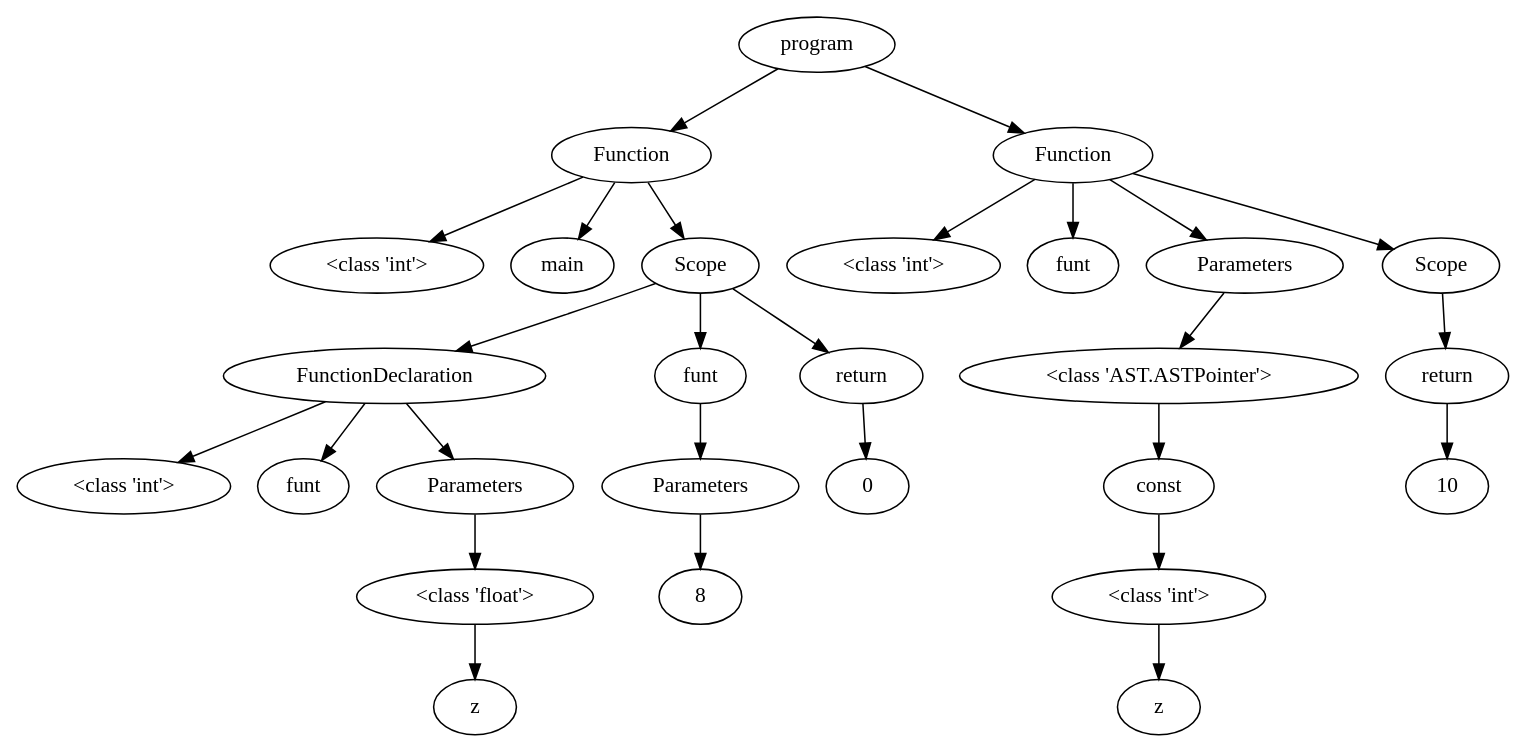
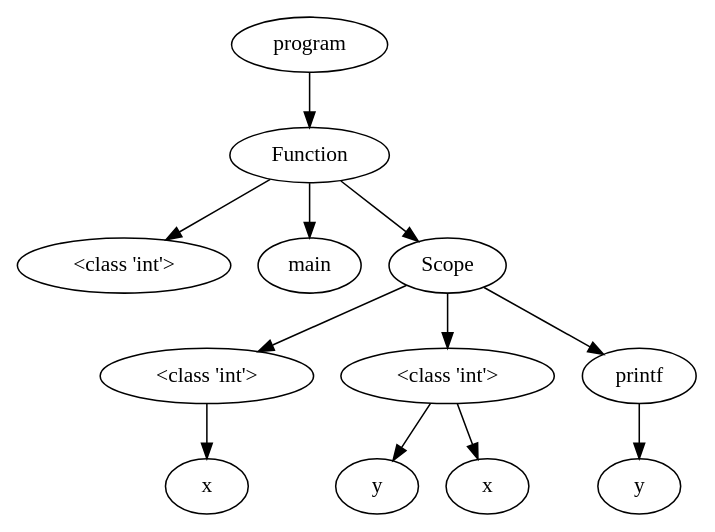
The diagram in OutputFiles/dotVisualization.dot (NielsVandenBroeck/COMP_Compiler), drawn with Graphviz before and after one commit. The commit also changed 3 other files, not shown here.

```diff
--- a/OutputFiles/dotVisualization.dot
+++ b/OutputFiles/dotVisualization.dot
@@ -1,70 +1,30 @@
 digraph G { 
-"<AST.AST object at 0x00000196DCC918E0> (0)"[label="program"]
-"<AST.ASTFunction object at 0x00000196DCC91BB0> (1)"[label="Function"]
-"<AST.AST object at 0x00000196DCC918E0> (0)"->"<AST.ASTFunction object at 0x00000196DCC91BB0> (1)"
-"<AST.ASTFunction object at 0x00000196DCC91BB0> (1)"[label="Function"]
-"<AST.ASTDataType object at 0x00000196DCC91670> (2)"[label="<class 'int'>"]
-"<AST.ASTFunction object at 0x00000196DCC91BB0> (1)"->"<AST.ASTDataType object at 0x00000196DCC91670> (2)"
-"<AST.ASTFunctionName object at 0x00000196DCC91D60> (2)"[label="main"]
-"<AST.ASTFunction object at 0x00000196DCC91BB0> (1)"->"<AST.ASTFunctionName object at 0x00000196DCC91D60> (2)"
-"<AST.ASTScope object at 0x00000196DCC915E0> (2)"[label="Scope"]
-"<AST.ASTFunction object at 0x00000196DCC91BB0> (1)"->"<AST.ASTScope object at 0x00000196DCC915E0> (2)"
-"<AST.ASTScope object at 0x00000196DCC915E0> (2)"[label="Scope"]
-"<AST.ASTForwardDeclaration object at 0x00000196DCC91610> (3)"[label="FunctionDeclaration"]
-"<AST.ASTScope object at 0x00000196DCC915E0> (2)"->"<AST.ASTForwardDeclaration object at 0x00000196DCC91610> (3)"
-"<AST.ASTForwardDeclaration object at 0x00000196DCC91610> (3)"[label="FunctionDeclaration"]
-"<AST.ASTDataType object at 0x00000196DCC911F0> (4)"[label="<class 'int'>"]
-"<AST.ASTForwardDeclaration object at 0x00000196DCC91610> (3)"->"<AST.ASTDataType object at 0x00000196DCC911F0> (4)"
-"<AST.ASTFunctionName object at 0x00000196DCC91370> (4)"[label="funt"]
-"<AST.ASTForwardDeclaration object at 0x00000196DCC91610> (3)"->"<AST.ASTFunctionName object at 0x00000196DCC91370> (4)"
-"<AST.ASTParameters object at 0x00000196DCC91640> (4)"[label="Parameters"]
-"<AST.ASTForwardDeclaration object at 0x00000196DCC91610> (3)"->"<AST.ASTParameters object at 0x00000196DCC91640> (4)"
-"<AST.ASTParameters object at 0x00000196DCC91640> (4)"[label="Parameters"]
-"<AST.ASTDataType object at 0x00000196DCC91BE0> (5)"[label="<class 'float'>"]
-"<AST.ASTParameters object at 0x00000196DCC91640> (4)"->"<AST.ASTDataType object at 0x00000196DCC91BE0> (5)"
-"<AST.ASTDataType object at 0x00000196DCC91BE0> (5)"[label="<class 'float'>"]
-"<AST.ASTVariable object at 0x00000196DCC91190> (6)"[label="z"]
-"<AST.ASTDataType object at 0x00000196DCC91BE0> (5)"->"<AST.ASTVariable object at 0x00000196DCC91190> (6)"
-"<AST.ASTFunctionName object at 0x00000196DCC911C0> (3)"[label="funt"]
-"<AST.ASTScope object at 0x00000196DCC915E0> (2)"->"<AST.ASTFunctionName object at 0x00000196DCC911C0> (3)"
-"<AST.ASTFunctionName object at 0x00000196DCC911C0> (3)"[label="funt"]
-"<AST.ASTParameters object at 0x00000196DCC91700> (4)"[label="Parameters"]
-"<AST.ASTFunctionName object at 0x00000196DCC911C0> (3)"->"<AST.ASTParameters object at 0x00000196DCC91700> (4)"
-"<AST.ASTParameters object at 0x00000196DCC91700> (4)"[label="Parameters"]
-"<AST.AST object at 0x00000196DCC91130> (5)"[label="8"]
-"<AST.ASTParameters object at 0x00000196DCC91700> (4)"->"<AST.AST object at 0x00000196DCC91130> (5)"
-"<AST.ASTReturn object at 0x00000196DCC916A0> (3)"[label="return"]
-"<AST.ASTScope object at 0x00000196DCC915E0> (2)"->"<AST.ASTReturn object at 0x00000196DCC916A0> (3)"
-"<AST.ASTReturn object at 0x00000196DCC916A0> (3)"[label="return"]
-"<AST.AST object at 0x00000196DCC91C70> (4)"[label="0"]
-"<AST.ASTReturn object at 0x00000196DCC916A0> (3)"->"<AST.AST object at 0x00000196DCC91C70> (4)"
-"<AST.ASTFunction object at 0x00000196DCC91430> (1)"[label="Function"]
-"<AST.AST object at 0x00000196DCC918E0> (0)"->"<AST.ASTFunction object at 0x00000196DCC91430> (1)"
-"<AST.ASTFunction object at 0x00000196DCC91430> (1)"[label="Function"]
-"<AST.ASTDataType object at 0x00000196DCC91490> (2)"[label="<class 'int'>"]
-"<AST.ASTFunction object at 0x00000196DCC91430> (1)"->"<AST.ASTDataType object at 0x00000196DCC91490> (2)"
-"<AST.ASTFunctionName object at 0x00000196DCC91EE0> (2)"[label="funt"]
-"<AST.ASTFunction object at 0x00000196DCC91430> (1)"->"<AST.ASTFunctionName object at 0x00000196DCC91EE0> (2)"
-"<AST.ASTParameters object at 0x00000196DCC8D1C0> (2)"[label="Parameters"]
-"<AST.ASTFunction object at 0x00000196DCC91430> (1)"->"<AST.ASTParameters object at 0x00000196DCC8D1C0> (2)"
-"<AST.ASTParameters object at 0x00000196DCC8D1C0> (2)"[label="Parameters"]
-"<AST.ASTPointer object at 0x00000196DCC8D310> (3)"[label="<class 'AST.ASTPointer'>"]
-"<AST.ASTParameters object at 0x00000196DCC8D1C0> (2)"->"<AST.ASTPointer object at 0x00000196DCC8D310> (3)"
-"<AST.ASTPointer object at 0x00000196DCC8D310> (3)"[label="<class 'AST.ASTPointer'>"]
-"<AST.ASTConst object at 0x00000196DCC8D100> (4)"[label="const"]
-"<AST.ASTPointer object at 0x00000196DCC8D310> (3)"->"<AST.ASTConst object at 0x00000196DCC8D100> (4)"
-"<AST.ASTConst object at 0x00000196DCC8D100> (4)"[label="const"]
-"<AST.ASTDataType object at 0x00000196DCC8D280> (5)"[label="<class 'int'>"]
-"<AST.ASTConst object at 0x00000196DCC8D100> (4)"->"<AST.ASTDataType object at 0x00000196DCC8D280> (5)"
-"<AST.ASTDataType object at 0x00000196DCC8D280> (5)"[label="<class 'int'>"]
-"<AST.ASTVariable object at 0x00000196DCC8D220> (6)"[label="z"]
-"<AST.ASTDataType object at 0x00000196DCC8D280> (5)"->"<AST.ASTVariable object at 0x00000196DCC8D220> (6)"
-"<AST.ASTScope object at 0x00000196DCC8D1F0> (2)"[label="Scope"]
-"<AST.ASTFunction object at 0x00000196DCC91430> (1)"->"<AST.ASTScope object at 0x00000196DCC8D1F0> (2)"
-"<AST.ASTScope object at 0x00000196DCC8D1F0> (2)"[label="Scope"]
-"<AST.ASTReturn object at 0x00000196DCC8D3D0> (3)"[label="return"]
-"<AST.ASTScope object at 0x00000196DCC8D1F0> (2)"->"<AST.ASTReturn object at 0x00000196DCC8D3D0> (3)"
-"<AST.ASTReturn object at 0x00000196DCC8D3D0> (3)"[label="return"]
-"<AST.AST object at 0x00000196DCC8D4C0> (4)"[label="10"]
-"<AST.ASTReturn object at 0x00000196DCC8D3D0> (3)"->"<AST.AST object at 0x00000196DCC8D4C0> (4)"
+"<AST.AST object at 0x00000204F60DBD30> (0)"[label="program"]
+"<AST.ASTFunction object at 0x00000204F60DBA30> (1)"[label="Function"]
+"<AST.AST object at 0x00000204F60DBD30> (0)"->"<AST.ASTFunction object at 0x00000204F60DBA30> (1)"
+"<AST.ASTFunction object at 0x00000204F60DBA30> (1)"[label="Function"]
+"<AST.ASTDataType object at 0x00000204F60DB6A0> (2)"[label="<class 'int'>"]
+"<AST.ASTFunction object at 0x00000204F60DBA30> (1)"->"<AST.ASTDataType object at 0x00000204F60DB6A0> (2)"
+"<AST.ASTFunctionName object at 0x00000204F60DB040> (2)"[label="main"]
+"<AST.ASTFunction object at 0x00000204F60DBA30> (1)"->"<AST.ASTFunctionName object at 0x00000204F60DB040> (2)"
+"<AST.ASTScope object at 0x00000204F60DB5B0> (2)"[label="Scope"]
+"<AST.ASTFunction object at 0x00000204F60DBA30> (1)"->"<AST.ASTScope object at 0x00000204F60DB5B0> (2)"
+"<AST.ASTScope object at 0x00000204F60DB5B0> (2)"[label="Scope"]
+"<AST.ASTDataType object at 0x00000204F60DB1F0> (3)"[label="<class 'int'>"]
+"<AST.ASTScope object at 0x00000204F60DB5B0> (2)"->"<AST.ASTDataType object at 0x00000204F60DB1F0> (3)"
+"<AST.ASTDataType object at 0x00000204F60DB1F0> (3)"[label="<class 'int'>"]
+"<AST.ASTVariable object at 0x00000204F60DB940> (4)"[label="x"]
+"<AST.ASTDataType object at 0x00000204F60DB1F0> (3)"->"<AST.ASTVariable object at 0x00000204F60DB940> (4)"
+"<AST.ASTDataType object at 0x00000204F60DB970> (3)"[label="<class 'int'>"]
+"<AST.ASTScope object at 0x00000204F60DB5B0> (2)"->"<AST.ASTDataType object at 0x00000204F60DB970> (3)"
+"<AST.ASTDataType object at 0x00000204F60DB970> (3)"[label="<class 'int'>"]
+"<AST.ASTVariable object at 0x00000204F60DB190> (4)"[label="y"]
+"<AST.ASTDataType object at 0x00000204F60DB970> (3)"->"<AST.ASTVariable object at 0x00000204F60DB190> (4)"
+"<AST.ASTVariable object at 0x00000204F60DB370> (4)"[label="x"]
+"<AST.ASTDataType object at 0x00000204F60DB970> (3)"->"<AST.ASTVariable object at 0x00000204F60DB370> (4)"
+"<AST.ASTPrintf object at 0x00000204F60DB340> (3)"[label="printf"]
+"<AST.ASTScope object at 0x00000204F60DB5B0> (2)"->"<AST.ASTPrintf object at 0x00000204F60DB340> (3)"
+"<AST.ASTPrintf object at 0x00000204F60DB340> (3)"[label="printf"]
+"<AST.ASTVariable object at 0x00000204F60DB1C0> (4)"[label="y"]
+"<AST.ASTPrintf object at 0x00000204F60DB340> (3)"->"<AST.ASTVariable object at 0x00000204F60DB1C0> (4)"
 }
```
